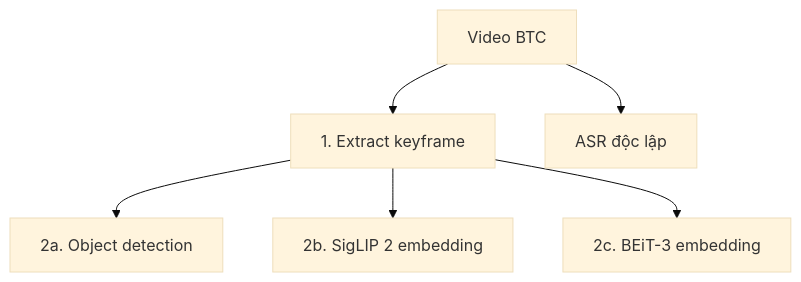
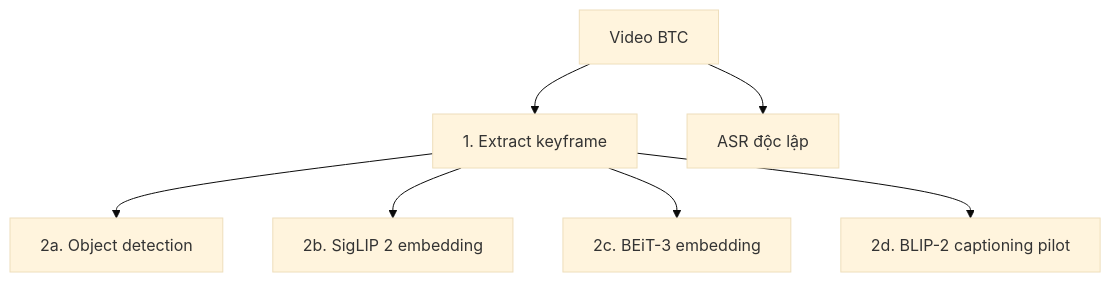
Before and after one commit to AIVIETNAM-AIO-LeWann/multimedia-video-rag: the diagram in notebooks/README.md, drawn with Mermaid (base theme). The commit also changed other lines of this file and 5 other files, not shown here.

Commit message:
feat: add BLIP-2 caption ingestion pilot

````diff
--- a/notebooks/README.md
+++ b/notebooks/README.md
@@ -24,15 +25,17 @@
 ```mermaid
 flowchart TD
     V[Video BTC]
     K[1. Extract keyframe]
     A[ASR độc lập]
     O[2a. Object detection]
     S[2b. SigLIP 2 embedding]
     B[2c. BEiT-3 embedding]
+    C[2d. BLIP-2 captioning pilot]
 
     V --> K
     V --> A
     K --> O
     K --> S
     K --> B
+    K --> C
 ```
````
